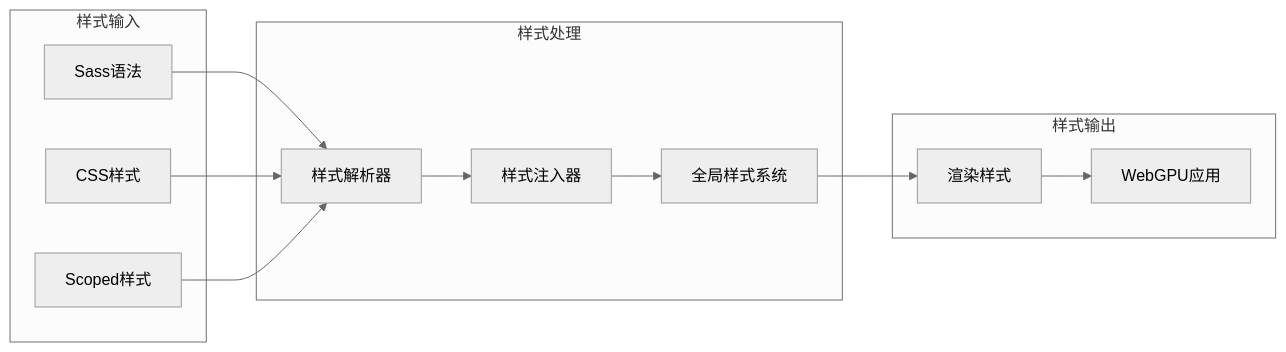
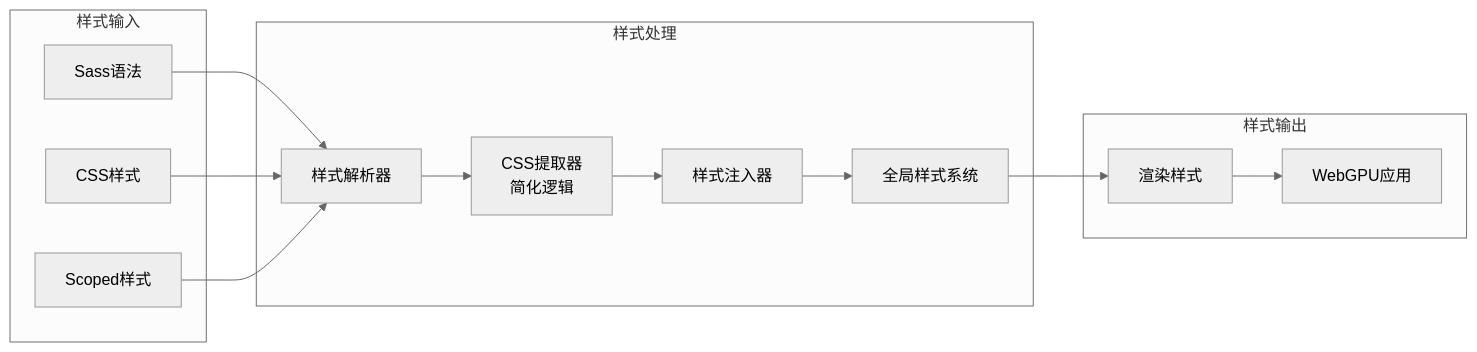
The fifth of 7 diagrams in .qoder/repowiki/zh/content/技术架构详解/即时转译系统/即时转译系统.md (itszzl-sudo/iris), drawn with Mermaid (neutral theme) before and after one commit. The commit also changed other lines of this file and 34 other files, not shown here.

````diff
--- a/.qoder/repowiki/zh/content/技术架构详解/即时转译系统/即时转译系统.md
+++ b/.qoder/repowiki/zh/content/技术架构详解/即时转译系统/即时转译系统.md
@@ -277,24 +287,26 @@
 ```mermaid
 flowchart LR
 subgraph "样式输入"
 SCSS[Sass语法]
 CSS[CSS样式]
 Scoped[Scoped样式]
 end
 subgraph "样式处理"
 Parser[样式解析器]
+Extractor[CSS提取器<br/>简化逻辑]
 Injector[样式注入器]
 Global[全局样式系统]
 end
 subgraph "样式输出"
 Render[渲染样式]
 GPU[WebGPU应用]
 end
 SCSS --> Parser
 CSS --> Parser
 Scoped --> Parser
-Parser --> Injector
+Parser --> Extractor
+Extractor --> Injector
 Injector --> Global
 Global --> Render
 Render --> GPU
 ```
````
